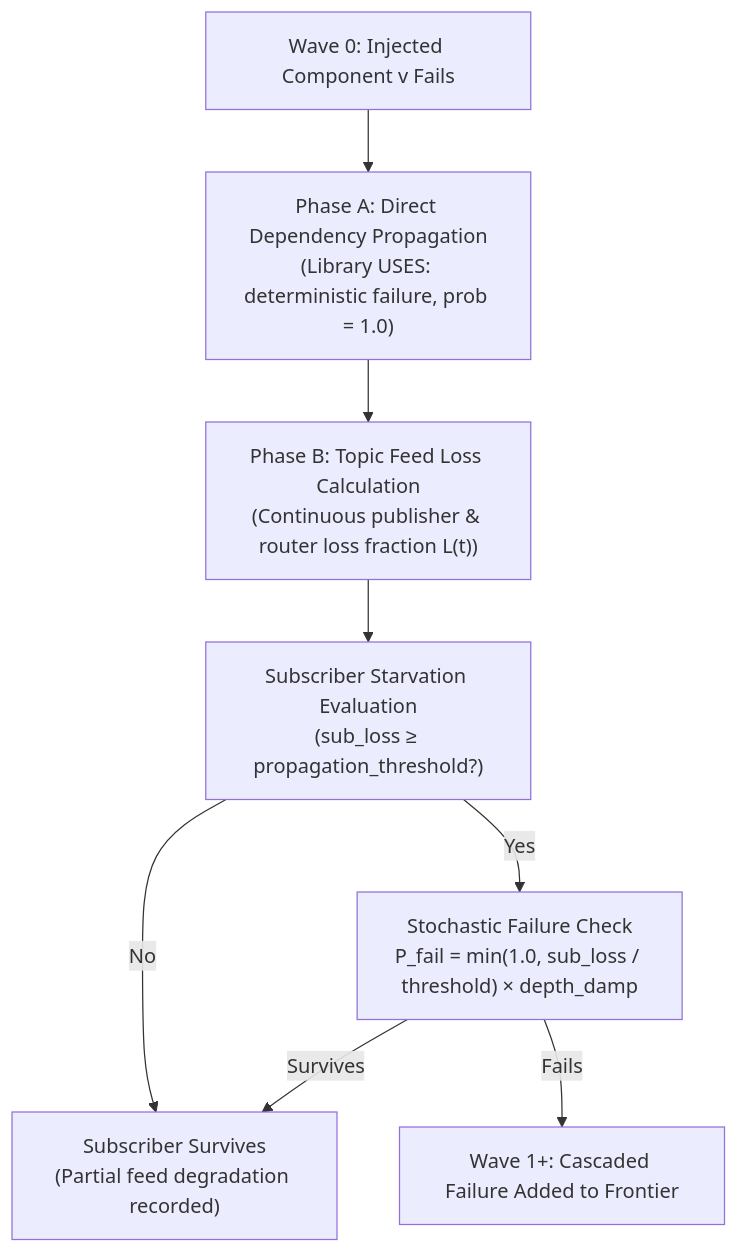
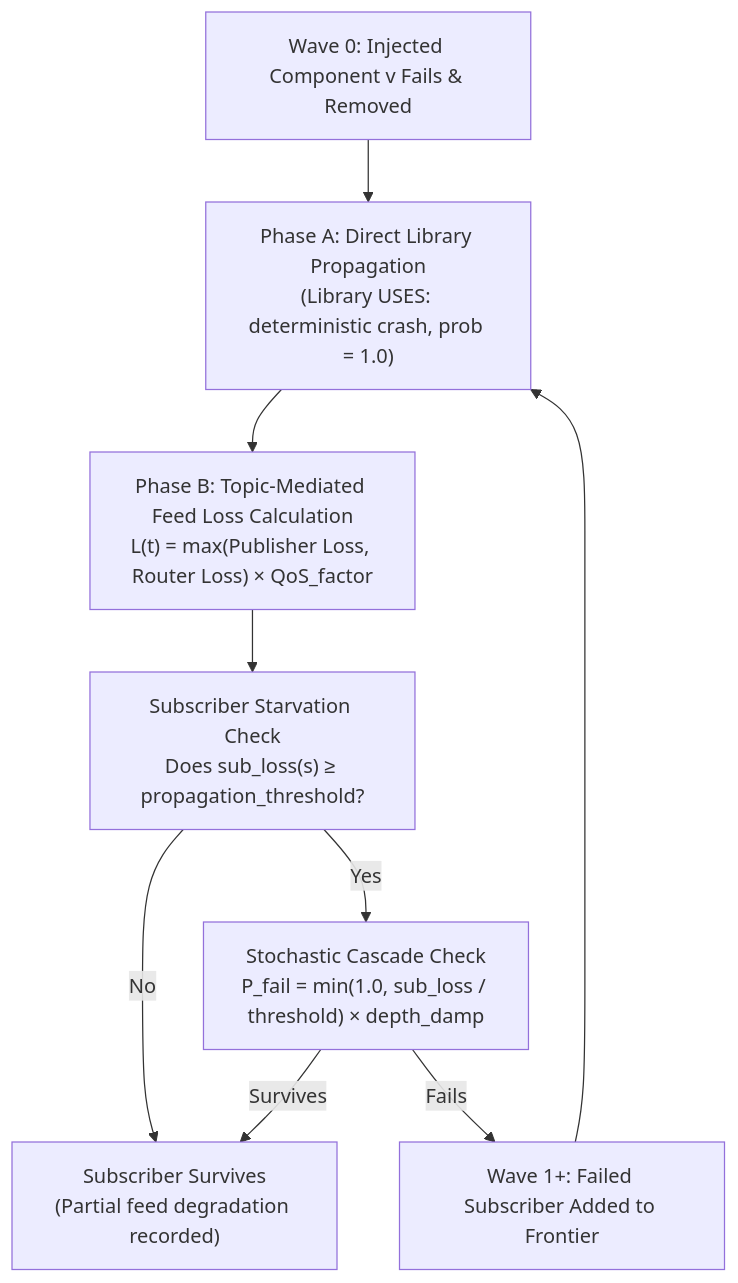
One commit to onuralpyigit/software-as-a-graph changed the third of 4 diagrams in docs/failure-simulation.md. Above: the diagram before and after it, drawn with Mermaid. The commit also changed other lines of this file and 16 other files, not shown here.

````diff
--- a/docs/failure-simulation.md
+++ b/docs/failure-simulation.md
@@ -178,10 +217,11 @@
 ```mermaid
 flowchart TD
-    W0["Wave 0: Injected Component v Fails"] --> PA["Phase A: Direct Dependency Propagation<br>(Library USES: deterministic failure, prob = 1.0)"]
-    PA --> PB["Phase B: Topic Feed Loss Calculation<br>(Continuous publisher & router loss fraction L(t))"]
-    PB --> EVAL["Subscriber Starvation Evaluation<br>(sub_loss ≥ propagation_threshold?)"]
-    EVAL -- No --> STOP["Subscriber Survives<br>(Partial feed degradation recorded)"]
-    EVAL -- Yes --> PROB["Stochastic Failure Check<br>P_fail = min(1.0, sub_loss / threshold) × depth_damp"]
-    PROB -- Fails --> W1["Wave 1+: Cascaded Failure Added to Frontier"]
-    PROB -- Survives --> STOP
+    W0["Wave 0: Injected Component v Fails & Removed"] --> PA["Phase A: Direct Library Propagation<br>(Library USES: deterministic crash, prob = 1.0)"]
+    PA --> PB["Phase B: Topic-Mediated Feed Loss Calculation<br>L(t) = max(Publisher Loss, Router Loss) × QoS_factor"]
+    PB --> EVAL["Subscriber Starvation Check<br>Does sub_loss(s) ≥ propagation_threshold?"]
+    EVAL -- No --> SURV["Subscriber Survives<br>(Partial feed degradation recorded)"]
+    EVAL -- Yes --> PROB["Stochastic Cascade Check<br>P_fail = min(1.0, sub_loss / threshold) × depth_damp"]
+    PROB -- Fails --> W1["Wave 1+: Failed Subscriber Added to Frontier"]
+    PROB -- Survives --> SURV
+    W1 --> PA
 ```
````
